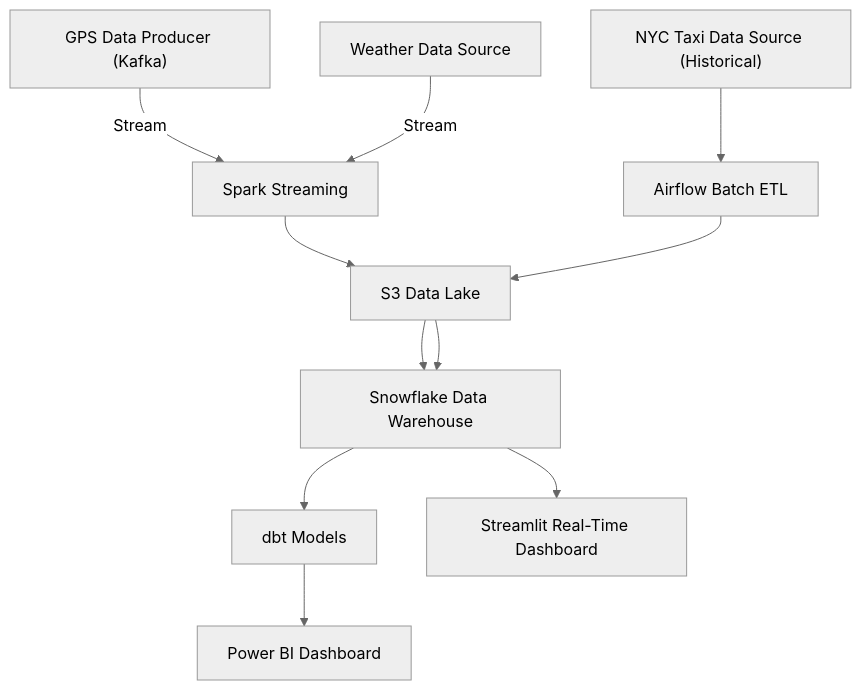
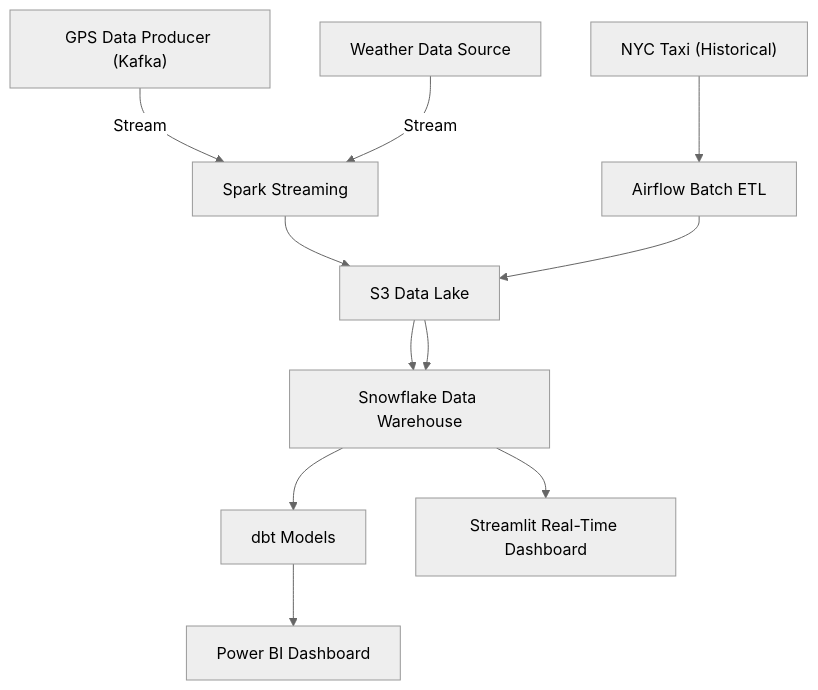
The diagram in README.md (Anwaribra/RideTrack), drawn with Mermaid (neutral theme) before and after one commit.

````diff
--- a/README.md
+++ b/README.md
@@ -10,34 +10,34 @@
 ```mermaid
 flowchart TD
     %% Sources
     GPS["GPS Data Producer (Kafka)"]
     Weather["Weather Data Source"]
-    Taxi["NYC Taxi Data Source (Historical)"]
+    Taxi["NYC Taxi (Historical)"]
 
     %% Processing
     SparkStream["Spark Streaming"]
     Airflow["Airflow Batch ETL"]
     dbt["dbt Models"]
 
     %% Shared Storage
     S3["S3 Data Lake"]
     Snowflake["Snowflake Data Warehouse"]
 
     %% Dashboards
     Streamlit["Streamlit Real-Time Dashboard"]
     PowerBI["Power BI Dashboard"]
 
     %% Streaming Path
     GPS -->|Stream| SparkStream
     Weather -->|Stream| SparkStream
     SparkStream --> S3
     S3 --> Snowflake
     Snowflake --> Streamlit
 
     %% Batch Path
     Taxi --> Airflow
     Airflow --> S3
     S3 --> Snowflake
     Snowflake --> dbt
     dbt --> PowerBI
 ```
````
